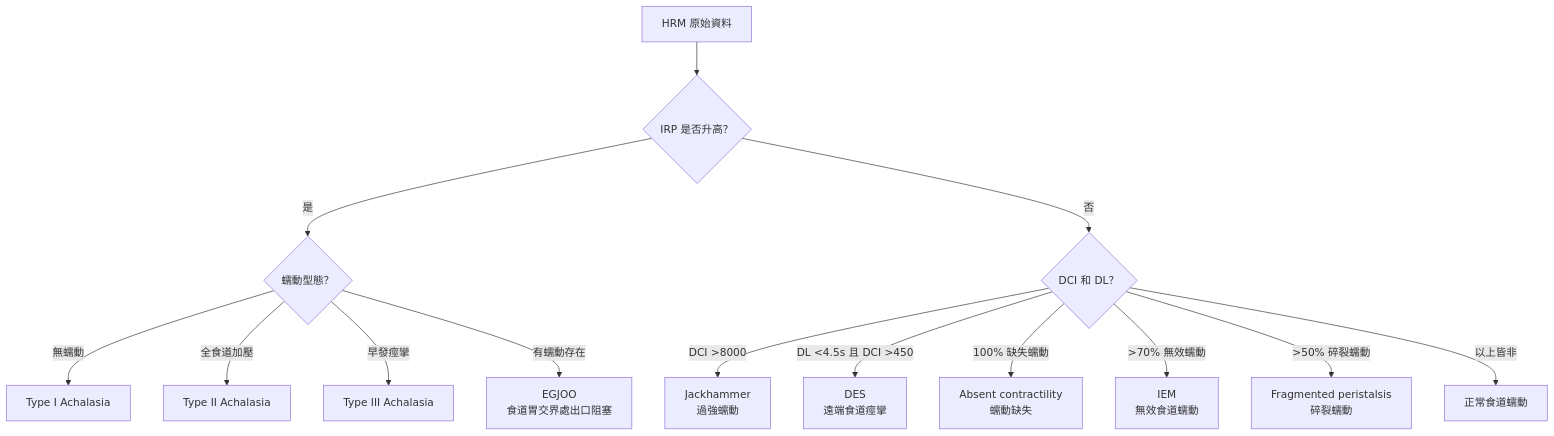
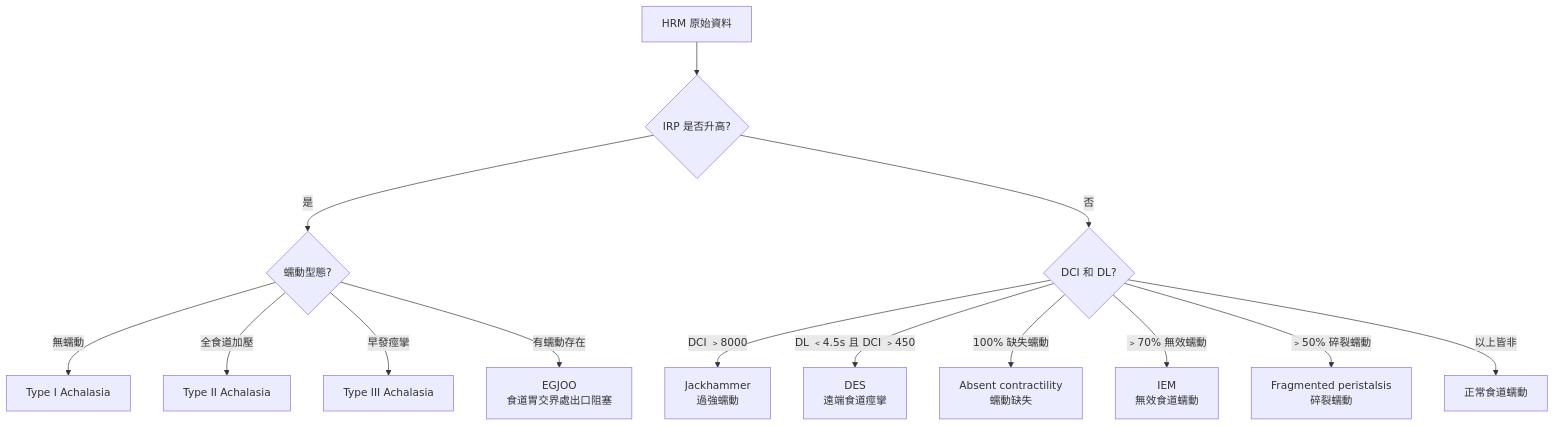
The diagram in 食道功能檢查/進階版/01_高解析度食道壓力測定_HRM.md (dontchangela-bit/esophageal-education), drawn with Mermaid before and after one commit. The commit also changed 59 other files, not shown here.

First line of the commit message:
Fix Mermaid v11.13 syntax errors across all esophageal files

````diff
--- a/食道功能檢查/進階版/01_高解析度食道壓力測定_HRM.md
+++ b/食道功能檢查/進階版/01_高解析度食道壓力測定_HRM.md
@@ -152,16 +152,16 @@
 ```mermaid
 flowchart TD
-    A[HRM 原始資料] --> B{IRP 是否升高？}
-    B -->|是| C{蠕動型態？}
+    A[HRM 原始資料] --> B{IRP 是否升高?}
+    B -->|是| C{蠕動型態?}
     C -->|無蠕動| D[Type I Achalasia]
     C -->|全食道加壓| E[Type II Achalasia]
     C -->|早發痙攣| F[Type III Achalasia]
-    C -->|有蠕動存在| G[EGJOO<br>食道胃交界處出口阻塞]
-    B -->|否| H{DCI 和 DL？}
-    H -->|DCI >8000| I[Jackhammer<br>過強蠕動]
-    H -->|DL <4.5s 且 DCI >450| J[DES<br>遠端食道痙攣]
-    H -->|100% 缺失蠕動| K[Absent contractility<br>蠕動缺失]
-    H -->|>70% 無效蠕動| L[IEM<br>無效食道蠕動]
-    H -->|>50% 碎裂蠕動| M[Fragmented peristalsis<br>碎裂蠕動]
+    C -->|有蠕動存在| G[EGJOO<br/>食道胃交界處出口阻塞]
+    B -->|否| H{DCI 和 DL?}
+    H -->|DCI ﹥8000| I[Jackhammer<br/>過強蠕動]
+    H -->|DL ﹤4.5s 且 DCI ﹥450| J[DES<br/>遠端食道痙攣]
+    H -->|100% 缺失蠕動| K[Absent contractility<br/>蠕動缺失]
+    H -->|﹥70% 無效蠕動| L[IEM<br/>無效食道蠕動]
+    H -->|﹥50% 碎裂蠕動| M[Fragmented peristalsis<br/>碎裂蠕動]
     H -->|以上皆非| N[正常食道蠕動]
 ```
````
